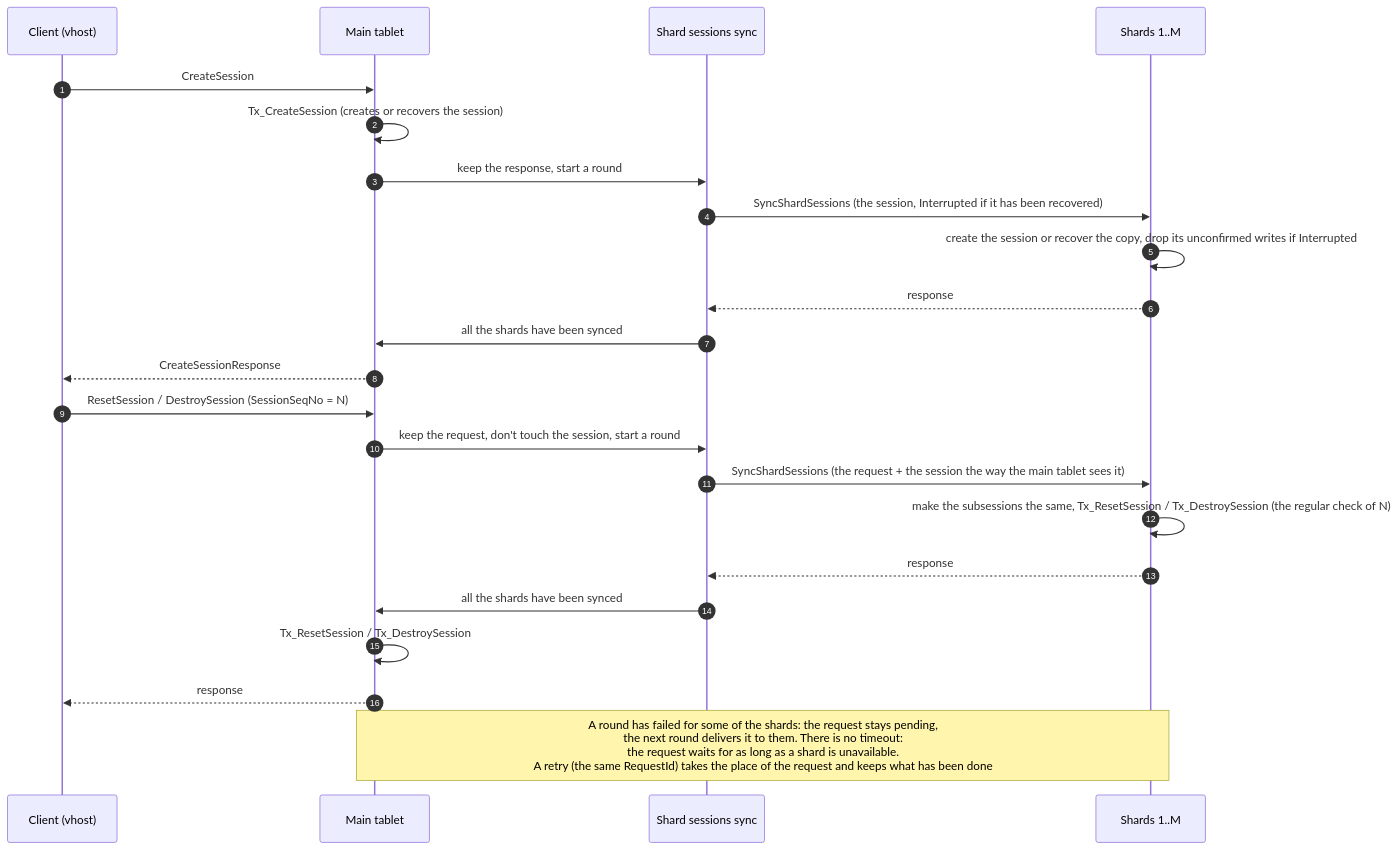
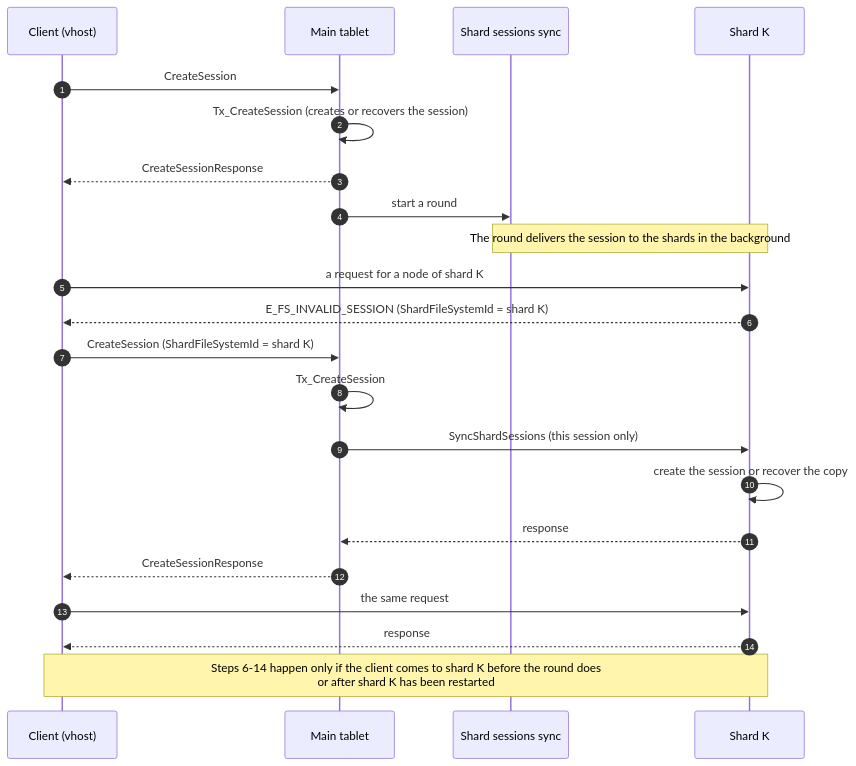
The second of 3 diagrams in doc/filestore/design/lazy_shard_sessions.md (ydb-platform/nbs), drawn with Mermaid before and after one commit. The commit also changed other lines of this file, not shown here.

````diff
--- a/doc/filestore/design/lazy_shard_sessions.md
+++ b/doc/filestore/design/lazy_shard_sessions.md
@@ -74,28 +74,27 @@
 ```mermaid
 sequenceDiagram
     autonumber
     participant C as Client (vhost)
     participant M as Main tablet
     participant A as Shard sessions sync
-    participant S as Shards 1..M
+    participant S as Shard K
 
     C->>M: CreateSession
     M->>M: Tx_CreateSession (creates or recovers the session)
-    M->>A: keep the response, start a round
-    A->>S: SyncShardSessions (the session, Interrupted if it has been recovered)
-    S->>S: create the session or recover the copy, drop its unconfirmed writes if Interrupted
-    S-->>A: response
-    A->>M: all the shards have been synced
     M-->>C: CreateSessionResponse
+    M->>A: start a round
+    Note over A,S: The round delivers the session to the shards in the background
 
-    C->>M: ResetSession / DestroySession (SessionSeqNo = N)
-    M->>A: keep the request, don't touch the session, start a round
-    A->>S: SyncShardSessions (the request + the session the way the main tablet sees it)
-    S->>S: make the subsessions the same, Tx_ResetSession / Tx_DestroySession (the regular check of N)
-    S-->>A: response
-    A->>M: all the shards have been synced
-    M->>M: Tx_ResetSession / Tx_DestroySession
-    M-->>C: response
+    C->>S: a request for a node of shard K
+    S-->>C: E_FS_INVALID_SESSION (ShardFileSystemId = shard K)
+    C->>M: CreateSession (ShardFileSystemId = shard K)
+    M->>M: Tx_CreateSession
+    M->>S: SyncShardSessions (this session only)
+    S->>S: create the session or recover the copy
+    S-->>M: response
+    M-->>C: CreateSessionResponse
+    C->>S: the same request
+    S-->>C: response
 
-    Note over M,S: A round has failed for some of the shards: the request stays pending,<br/>the next round delivers it to them. There is no timeout:<br/>the request waits for as long as a shard is unavailable.<br/>A retry (the same RequestId) takes the place of the request and keeps what has been done
+    Note over C,S: Steps 6-14 happen only if the client comes to shard K before the round does<br/>or after shard K has been restarted
 ```
````
